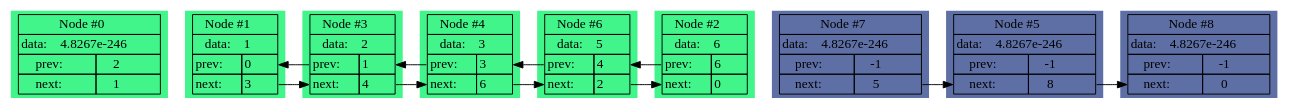
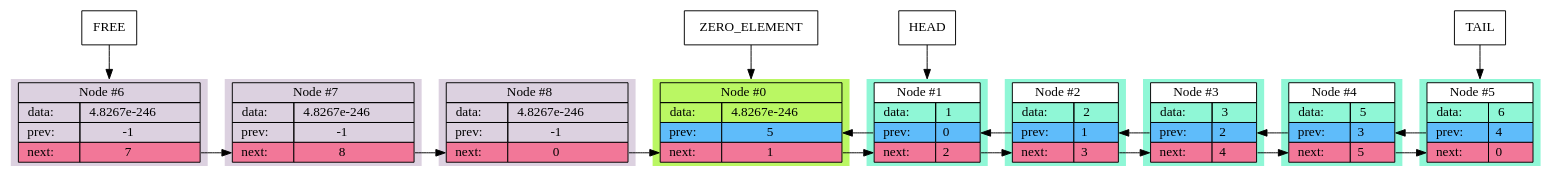
One commit to Mikhail038/MY_LIST changed the diagram in gvList.dot. Above: the diagram before and after it, drawn with Graphviz. The commit also changed 4 other files, not shown here.

```diff
--- a/gvList.dot
+++ b/gvList.dot
@@ -3,194 +3,194 @@
                     node_0
                     [
                         style="filled",
-                        fillcolor="#42f58a"
-                        shape=plaintext,
-                        label=
-                        <
-                            <table border="0" cellborder="1" cellspacing="0">
-                                <tr>
-                                    <td colspan="2">Node #0</td>
+                        fillcolor="#baf763"
+                            shape=plaintext,
+                            label=
+                            <
+                                <table border="0" cellborder="1" cellspacing="0">
+                                    <tr>
+                                        <td colspan="2">Node #0</td>
+                                    </tr>
+                                    <tr>
+                <td>   data:  </td>
+                <td>   4.8267e-246    </td>
+            
                                 </tr>
                                 <tr>
+                                    <td bgcolor = "#5fbcfa" port="prev_out" > prev: </td>
+                                    <td bgcolor = "#5fbcfa" port="prev_in" > 5    </td>
+                                </tr>
+                                <tr>
+                                    <td bgcolor = "#f27798" port="next_in" > next: </td>
+                                    <td bgcolor = "#f27798" port="next_out"> 1    </td>
+                                </tr>
+                            </table>
+                        >
+                    ];
                 
-                <td colspan="2">data:    4.8267e-246</td>
+                    node_1
+                    [
+                        style="filled",
+                        fillcolor="#8ff7d6"
+                            shape=plaintext,
+                            label=
+                            <
+                                <table border="0" cellborder="1" cellspacing="0">
+                                    <tr>
+                                        <td bgcolor = "#ffffff" colspan="2">Node #1</td>
+                                    </tr>
+                                    <tr>
+                <td>   data:  </td>
+                <td>   1    </td>
+            
+                                </tr>
+                                <tr>
+                                    <td bgcolor = "#5fbcfa" port="prev_out" > prev: </td>
+                                    <td bgcolor = "#5fbcfa" port="prev_in" > 0    </td>
+                                </tr>
+                                <tr>
+                                    <td bgcolor = "#f27798" port="next_in" > next: </td>
+                                    <td bgcolor = "#f27798" port="next_out"> 2    </td>
+                                </tr>
+                            </table>
+                        >
+                    ];
+                
+                    node_2
+                    [
+                        style="filled",
+                        fillcolor="#8ff7d6"
+                            shape=plaintext,
+                            label=
+                            <
+                                <table border="0" cellborder="1" cellspacing="0">
+                                    <tr>
+                                        <td bgcolor = "#ffffff" colspan="2">Node #2</td>
+                                    </tr>
+                                    <tr>
+                <td>   data:  </td>
+                <td>   2    </td>
+            
+                                </tr>
+                                <tr>
+                                    <td bgcolor = "#5fbcfa" port="prev_out" > prev: </td>
+                                    <td bgcolor = "#5fbcfa" port="prev_in" > 1    </td>
+                                </tr>
+                                <tr>
+                                    <td bgcolor = "#f27798" port="next_in" > next: </td>
+                                    <td bgcolor = "#f27798" port="next_out"> 3    </td>
+                                </tr>
+                            </table>
+                        >
+                    ];
+                
+                    node_3
+                    [
+                        style="filled",
+                        fillcolor="#8ff7d6"
+                            shape=plaintext,
+                            label=
+                            <
+                                <table border="0" cellborder="1" cellspacing="0">
+                                    <tr>
+                                        <td bgcolor = "#ffffff" colspan="2">Node #3</td>
+                                    </tr>
+                                    <tr>
+                <td>   data:  </td>
+                <td>   3    </td>
+            
+                                </tr>
+                                <tr>
+                                    <td bgcolor = "#5fbcfa" port="prev_out" > prev: </td>
+                                    <td bgcolor = "#5fbcfa" port="prev_in" > 2    </td>
+                                </tr>
+                                <tr>
+                                    <td bgcolor = "#f27798" port="next_in" > next: </td>
+                                    <td bgcolor = "#f27798" port="next_out"> 4    </td>
+                                </tr>
+                            </table>
+                        >
+                    ];
+                
+                    node_4
+                    [
+                        style="filled",
+                        fillcolor="#8ff7d6"
+                            shape=plaintext,
+                            label=
+                            <
+                                <table border="0" cellborder="1" cellspacing="0">
+                                    <tr>
+                                        <td bgcolor = "#ffffff" colspan="2">Node #4</td>
+                                    </tr>
+                                    <tr>
+                <td>   data:  </td>
+                <td>   5    </td>
+            
+                                </tr>
+                                <tr>
+                                    <td bgcolor = "#5fbcfa" port="prev_out" > prev: </td>
+                                    <td bgcolor = "#5fbcfa" port="prev_in" > 3    </td>
+                                </tr>
+                                <tr>
+                                    <td bgcolor = "#f27798" port="next_in" > next: </td>
+                                    <td bgcolor = "#f27798" port="next_out"> 5    </td>
+                                </tr>
+                            </table>
+                        >
+                    ];
+                
+                    node_5
+                    [
+                        style="filled",
+                        fillcolor="#8ff7d6"
+                            shape=plaintext,
+                            label=
+                            <
+                                <table border="0" cellborder="1" cellspacing="0">
+                                    <tr>
+                                        <td bgcolor = "#ffffff" colspan="2">Node #5</td>
+                                    </tr>
+                                    <tr>
+                <td>   data:  </td>
+                <td>   6    </td>
+            
+                                </tr>
+                                <tr>
+                                    <td bgcolor = "#5fbcfa" port="prev_out" > prev: </td>
+                                    <td bgcolor = "#5fbcfa" port="prev_in" > 4    </td>
+                                </tr>
+                                <tr>
+                                    <td bgcolor = "#f27798" port="next_in" > next: </td>
+                                    <td bgcolor = "#f27798" port="next_out"> 0    </td>
+                                </tr>
+                            </table>
+                        >
+                    ];
+                
+                    node_6
+                    [
+                        style="filled",
+                        fillcolor="#dcd1e0"
+                            shape=plaintext,
+                            label=
+                            <
+                                <table border="0" cellborder="1" cellspacing="0">
+                                    <tr>
+                                        <td colspan="2">Node #6</td>
+                                    </tr>
+                                    <tr>
+                <td>   data:  </td>
+                <td>   4.8267e-246    </td>
             
                             </tr>
                             <tr>
-                                <td port="prev_out" > prev: </td>
-                                <td port="prev_in" > 2    </td>
+                                <td  port="prev_out" > prev: </td>
+                                <td  port="prev_in" > -1    </td>
                             </tr>
                             <tr>
-                                <td port="next_in" > next: </td>
-                                <td port="next_out"> 1    </td>
-                            </tr>
-                        </table>
-                    >
-                ];
-            
-                    node_1
-                    [
-                        style="filled",
-                        fillcolor="#42f58a"
-                        shape=plaintext,
-                        label=
-                        <
-                            <table border="0" cellborder="1" cellspacing="0">
-                                <tr>
-                                    <td colspan="2">Node #1</td>
-                                </tr>
-                                <tr>
-                
-                <td colspan="2">data:    1</td>
-            
-                            </tr>
-                            <tr>
-                                <td port="prev_out" > prev: </td>
-                                <td port="prev_in" > 0    </td>
-                            </tr>
-                            <tr>
-                                <td port="next_in" > next: </td>
-                                <td port="next_out"> 3    </td>
-                            </tr>
-                        </table>
-                    >
-                ];
-            
-                    node_2
-                    [
-                        style="filled",
-                        fillcolor="#42f58a"
-                        shape=plaintext,
-                        label=
-                        <
-                            <table border="0" cellborder="1" cellspacing="0">
-                                <tr>
-                                    <td colspan="2">Node #2</td>
-                                </tr>
-                                <tr>
-                
-                <td colspan="2">data:    6</td>
-            
-                            </tr>
-                            <tr>
-                                <td port="prev_out" > prev: </td>
-                                <td port="prev_in" > 6    </td>
-                            </tr>
-                            <tr>
-                                <td port="next_in" > next: </td>
-                                <td port="next_out"> 0    </td>
-                            </tr>
-                        </table>
-                    >
-                ];
-            
-                    node_3
-                    [
-                        style="filled",
-                        fillcolor="#42f58a"
-                        shape=plaintext,
-                        label=
-                        <
-                            <table border="0" cellborder="1" cellspacing="0">
-                                <tr>
-                                    <td colspan="2">Node #3</td>
-                                </tr>
-                                <tr>
-                
-                <td colspan="2">data:    2</td>
-            
-                            </tr>
-                            <tr>
-                                <td port="prev_out" > prev: </td>
-                                <td port="prev_in" > 1    </td>
-                            </tr>
-                            <tr>
-                                <td port="next_in" > next: </td>
-                                <td port="next_out"> 4    </td>
-                            </tr>
-                        </table>
-                    >
-                ];
-            
-                    node_4
-                    [
-                        style="filled",
-                        fillcolor="#42f58a"
-                        shape=plaintext,
-                        label=
-                        <
-                            <table border="0" cellborder="1" cellspacing="0">
-                                <tr>
-                                    <td colspan="2">Node #4</td>
-                                </tr>
-                                <tr>
-                
-                <td colspan="2">data:    3</td>
-            
-                            </tr>
-                            <tr>
-                                <td port="prev_out" > prev: </td>
-                                <td port="prev_in" > 3    </td>
-                            </tr>
-                            <tr>
-                                <td port="next_in" > next: </td>
-                                <td port="next_out"> 6    </td>
-                            </tr>
-                        </table>
-                    >
-                ];
-            
-                    node_5
-                    [
-                        style="filled",
-                        fillcolor="#5e6fa6"
-                        shape=plaintext,
-                        label=
-                        <
-                            <table border="0" cellborder="1" cellspacing="0">
-                                <tr>
-                                    <td colspan="2">Node #5</td>
-                                </tr>
-                                <tr>
-                
-                <td colspan="2">data:    4.8267e-246</td>
-            
-                            </tr>
-                            <tr>
-                                <td port="prev_out" > prev: </td>
-                                <td port="prev_in" > -1    </td>
-                            </tr>
-                            <tr>
-                                <td port="next_in" > next: </td>
-                                <td port="next_out"> 8    </td>
-                            </tr>
-                        </table>
-                    >
-                ];
-            
-                    node_6
-                    [
-                        style="filled",
-                        fillcolor="#42f58a"
-                        shape=plaintext,
-                        label=
-                        <
-                            <table border="0" cellborder="1" cellspacing="0">
-                                <tr>
-                                    <td colspan="2">Node #6</td>
-                                </tr>
-                                <tr>
-                
-                <td colspan="2">data:    5</td>
-            
-                            </tr>
-                            <tr>
-                                <td port="prev_out" > prev: </td>
-                                <td port="prev_in" > 4    </td>
-                            </tr>
-                            <tr>
-                                <td port="next_in" > next: </td>
-                                <td port="next_out"> 2    </td>
+                                <td bgcolor = "#f27798" port="next_in" > next: </td>
+                                <td bgcolor = "#f27798" port="next_out"> 7    </td>
                             </tr>
                         </table>
                     >
@@ -199,26 +199,26 @@
                     node_7
                     [
                         style="filled",
-                        fillcolor="#5e6fa6"
-                        shape=plaintext,
-                        label=
-                        <
-                            <table border="0" cellborder="1" cellspacing="0">
-                                <tr>
-                                    <td colspan="2">Node #7</td>
-                                </tr>
-                                <tr>
-                
-                <td colspan="2">data:    4.8267e-246</td>
+                        fillcolor="#dcd1e0"
+                            shape=plaintext,
+                            label=
+                            <
+                                <table border="0" cellborder="1" cellspacing="0">
+                                    <tr>
+                                        <td colspan="2">Node #7</td>
+                                    </tr>
+                                    <tr>
+                <td>   data:  </td>
+                <td>   4.8267e-246    </td>
             
                             </tr>
                             <tr>
-                                <td port="prev_out" > prev: </td>
-                                <td port="prev_in" > -1    </td>
+                                <td  port="prev_out" > prev: </td>
+                                <td  port="prev_in" > -1    </td>
                             </tr>
                             <tr>
-                                <td port="next_in" > next: </td>
-                                <td port="next_out"> 5    </td>
+                                <td bgcolor = "#f27798" port="next_in" > next: </td>
+                                <td bgcolor = "#f27798" port="next_out"> 8    </td>
                             </tr>
                         </table>
                     >
@@ -227,49 +227,59 @@
                     node_8
                     [
                         style="filled",
-                        fillcolor="#5e6fa6"
-                        shape=plaintext,
-                        label=
-                        <
-                            <table border="0" cellborder="1" cellspacing="0">
-                                <tr>
-                                    <td colspan="2">Node #8</td>
-                                </tr>
-                                <tr>
-                
-                <td colspan="2">data:    4.8267e-246</td>
+                        fillcolor="#dcd1e0"
+                            shape=plaintext,
+                            label=
+                            <
+                                <table border="0" cellborder="1" cellspacing="0">
+                                    <tr>
+                                        <td colspan="2">Node #8</td>
+                                    </tr>
+                                    <tr>
+                <td>   data:  </td>
+                <td>   4.8267e-246    </td>
             
                             </tr>
                             <tr>
-                                <td port="prev_out" > prev: </td>
-                                <td port="prev_in" > -1    </td>
+                                <td  port="prev_out" > prev: </td>
+                                <td  port="prev_in" > -1    </td>
                             </tr>
                             <tr>
-                                <td port="next_in" > next: </td>
-                                <td port="next_out"> 0    </td>
+                                <td bgcolor = "#f27798" port="next_in" > next: </td>
+                                <td bgcolor = "#f27798" port="next_out"> 0    </td>
                             </tr>
                         </table>
                     >
                 ];
             
- node_1:<next_out> -> node_3:<next_in>;
+ node_0:<next_out> -> node_1:<next_in>;
 
- node_2:<prev_out> -> node_6:<prev_in>;
+ node_1:<next_out> -> node_2:<next_in>;
+
+ node_1:<prev_out> -> node_0:<prev_in>;
+
+ node_2:<next_out> -> node_3:<next_in>;
+
+ node_2:<prev_out> -> node_1:<prev_in>;
 
  node_3:<next_out> -> node_4:<next_in>;
 
- node_3:<prev_out> -> node_1:<prev_in>;
+ node_3:<prev_out> -> node_2:<prev_in>;
 
- node_4:<next_out> -> node_6:<next_in>;
+ node_4:<next_out> -> node_5:<next_in>;
 
  node_4:<prev_out> -> node_3:<prev_in>;
 
- node_5:<next_out> -> node_8:<next_in>;
+ node_5:<prev_out> -> node_4:<prev_in>;
 
- node_6:<next_out> -> node_2:<next_in>;
+ node_6:<next_out> -> node_7:<next_in>;
 
- node_6:<prev_out> -> node_4:<prev_in>;
+ node_7:<next_out> -> node_8:<next_in>;
 
- node_7:<next_out> -> node_5:<next_in>;
+ node_8:<next_out> -> node_0:<next_in>;
 }
+FREE [shape=rectangle]; FREE -> node_6;
+ZERO_ELEMENT [shape=rectangle, fillcolor = "#8ff7d6"]; ZERO_ELEMENT -> node_0;
+HEAD [shape=rectangle, fillcolor = "#8ff7d6"]; HEAD -> node_1;
+TAIL [shape=rectangle, fillcolor = "#8ff7d6"]; TAIL -> node_5;
 }
```
